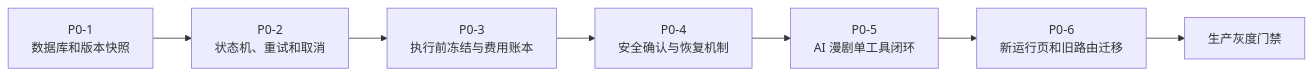
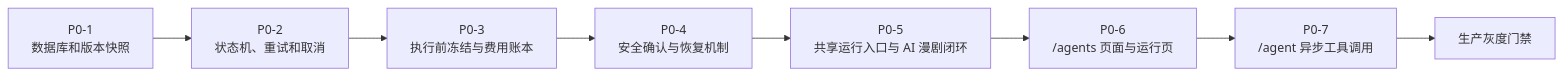
Diagram 11 of 11 in docs/superpowers/specs/2026-07-13-workflow-tools-p0-v2-design.md (LancyPluto/update_aiworkspace), drawn with Mermaid before and after one commit. The commit also changed other lines of this file, not shown here.

Commit message:
docs: align workflow tools with agent calls

````diff
--- a/docs/superpowers/specs/2026-07-13-workflow-tools-p0-v2-design.md
+++ b/docs/superpowers/specs/2026-07-13-workflow-tools-p0-v2-design.md
@@ -792,9 +861,10 @@
 ```mermaid
 flowchart LR
   P01["P0-1<br/>数据库和版本快照"] --> P02["P0-2<br/>状态机、重试和取消"]
   P02 --> P03["P0-3<br/>执行前冻结与费用账本"]
   P03 --> P04["P0-4<br/>安全确认与恢复机制"]
-  P04 --> P05["P0-5<br/>AI 漫剧单工具闭环"]
-  P05 --> P06["P0-6<br/>新运行页和旧路由迁移"]
-  P06 --> Gate["生产灰度门禁"]
+  P04 --> P05["P0-5<br/>共享运行入口与 AI 漫剧闭环"]
+  P05 --> P06["P0-6<br/>/agents 页面与运行页"]
+  P06 --> P07["P0-7<br/>/agent 异步工具调用"]
+  P07 --> Gate["生产灰度门禁"]
 ```
````
